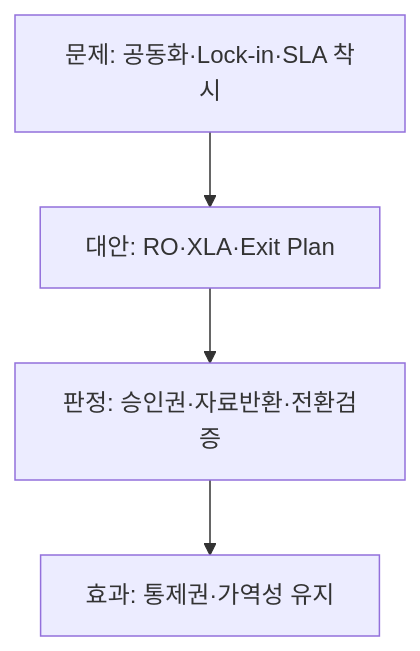
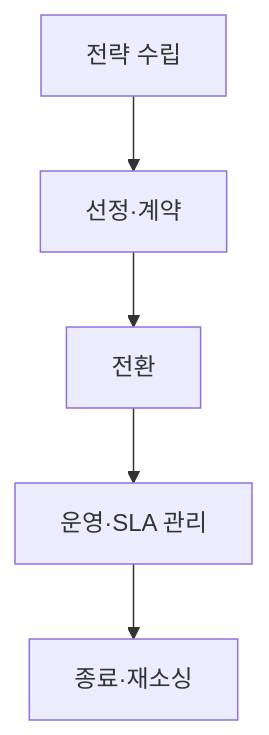
Before and after one commit to agnusdei1207/study: the third of 3 diagrams in src/content/docs/notes/itpe/01-it-strategy/033_it_outsourcing.md, drawn with Mermaid. The commit also changed other lines of this file and 19 other files, not shown here.

````diff
--- a/src/content/docs/notes/itpe/01-it-strategy/033_it_outsourcing.md
+++ b/src/content/docs/notes/itpe/01-it-strategy/033_it_outsourcing.md
@@ -107,5 +112,7 @@
 ```mermaid
 flowchart TD
-    A["문제: 공동화·Lock-in·SLA 착시"] --> B["대안: RO·XLA·Exit Plan"]
-    B --> C["판정: 승인권·자료반환·전환검증"] --> D["효과: 통제권·가역성 유지"]
+    A["전략 수립"] --> B["선정·계약"]
+    B --> C["전환"]
+    C --> D["운영·SLA 관리"]
+    D --> E["종료·재소싱"]
 ```
````
